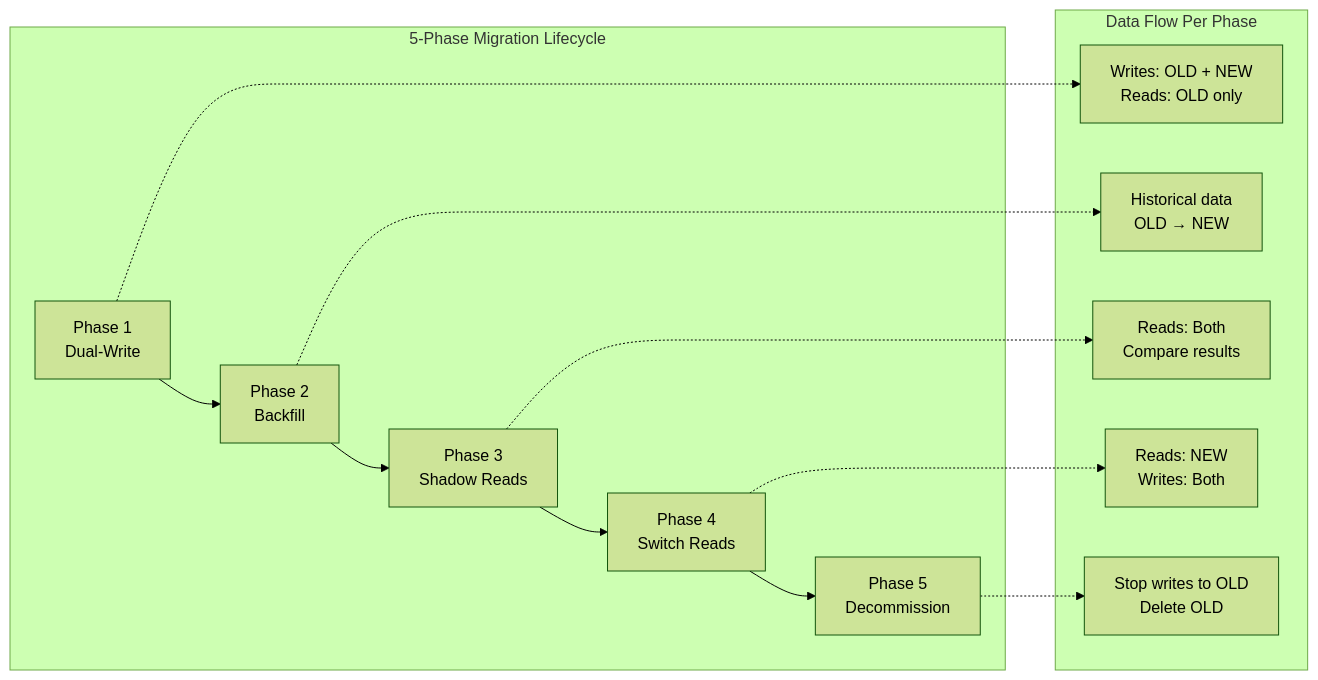
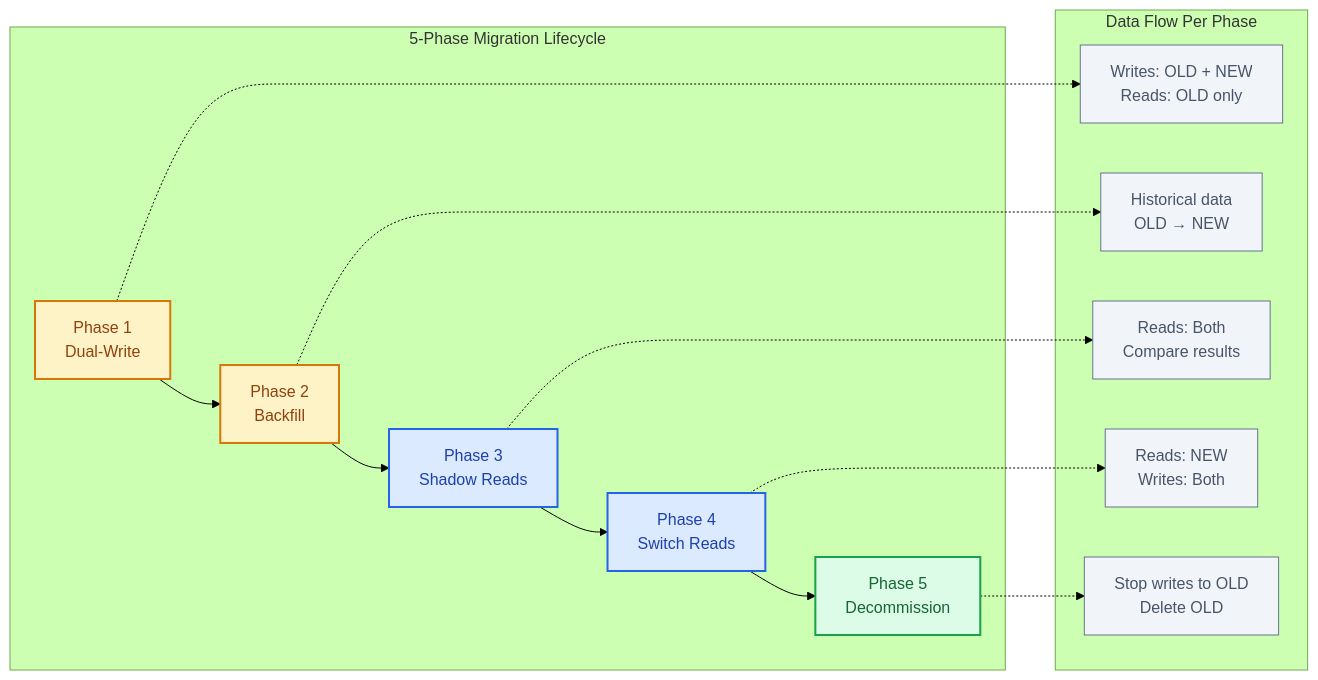
One commit to udaytamma/Cyrus changed the first of 5 diagrams in gemini-responses/dual-write-dual-read-pattern-20260120-0919.md. Above: the diagram before and after it, drawn with Mermaid (forest theme). The commit also changed other lines of this file and 28 other files, not shown here.

First line of the commit message:
Upgrade Knowledge Base Mermaid diagrams to professional styling

````diff
--- a/gemini-responses/dual-write-dual-read-pattern-20260120-0919.md
+++ b/gemini-responses/dual-write-dual-read-pattern-20260120-0919.md
@@ -42,17 +42,28 @@
 ```mermaid
 flowchart LR
-    subgraph "5-Phase Migration Lifecycle"
+    subgraph Lifecycle["5-Phase Migration Lifecycle"]
         P1["Phase 1<br/>Dual-Write"] --> P2["Phase 2<br/>Backfill"]
         P2 --> P3["Phase 3<br/>Shadow Reads"]
         P3 --> P4["Phase 4<br/>Switch Reads"]
         P4 --> P5["Phase 5<br/>Decommission"]
     end
 
-    subgraph "Data Flow Per Phase"
+    subgraph DataFlow["Data Flow Per Phase"]
         P1 -.-> D1["Writes: OLD + NEW<br/>Reads: OLD only"]
         P2 -.-> D2["Historical data<br/>OLD → NEW"]
         P3 -.-> D3["Reads: Both<br/>Compare results"]
         P4 -.-> D4["Reads: NEW<br/>Writes: Both"]
         P5 -.-> D5["Stop writes to OLD<br/>Delete OLD"]
     end
+
+    classDef primary fill:#dbeafe,stroke:#2563eb,color:#1e40af,stroke-width:2px
+    classDef success fill:#dcfce7,stroke:#16a34a,color:#166534,stroke-width:2px
+    classDef warning fill:#fef3c7,stroke:#d97706,color:#92400e,stroke-width:2px
+    classDef neutral fill:#f1f5f9,stroke:#64748b,color:#475569,stroke-width:1px
+
+    class P1,P2 warning
+    class P3 primary
+    class P4 primary
+    class P5 success
+    class D1,D2,D3,D4,D5 neutral
 ```
````
